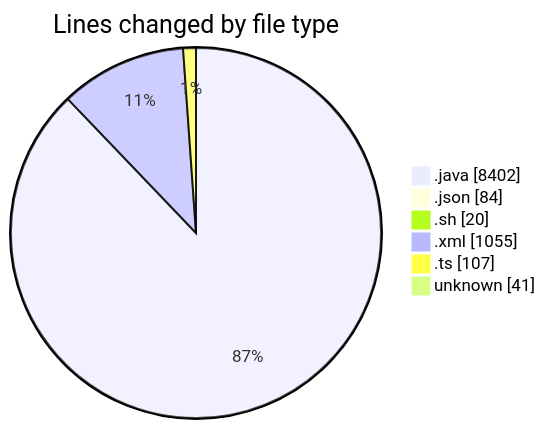
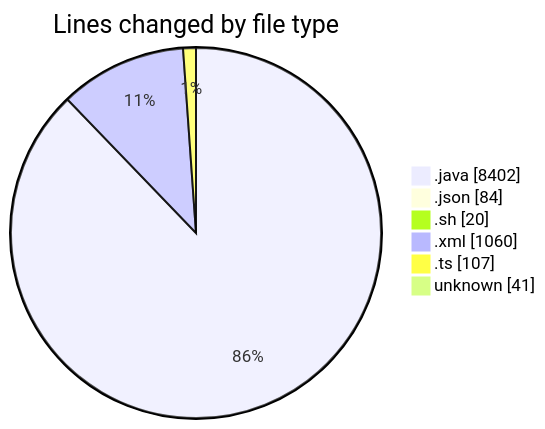
One commit to charlie-sans/code-tracking changed the first of 2 diagrams in 2025-02-23/micros/README.md. Above: the diagram before and after it, drawn with Mermaid. The commit also changed other lines of this file and 1 other file, not shown here.

````diff
--- a/2025-02-23/micros/README.md
+++ b/2025-02-23/micros/README.md
@@ -57,10 +57,10 @@
 ```mermaid
 pie showData
 title Lines changed by file type
 ".java" : 8402
 ".json" : 84
 ".sh" : 20
-".xml" : 1055
+".xml" : 1060
 ".ts" : 107
 "unknown" : 41
 ```
````
